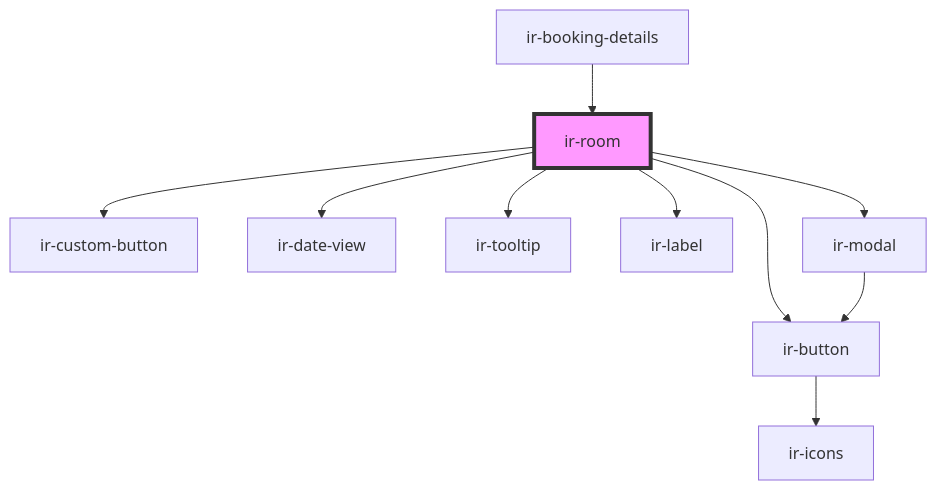
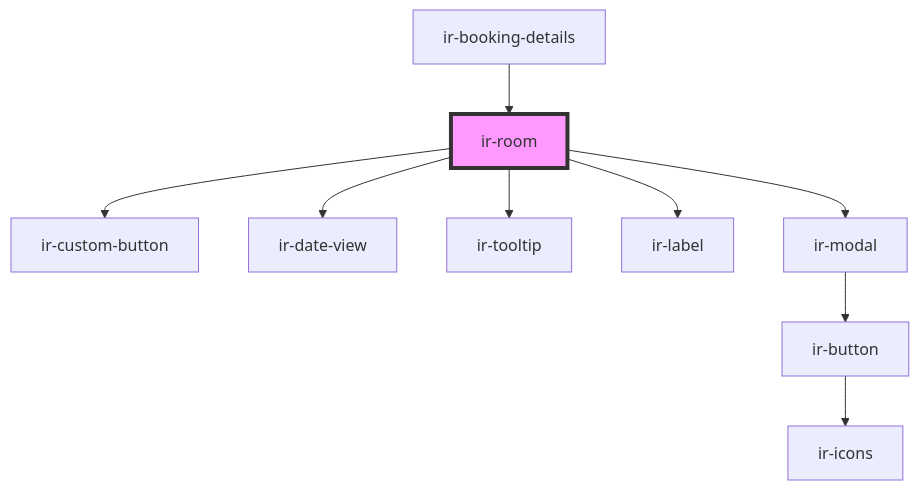
Before and after one commit to David1Chowaifaty/modified-ir-webcmp: the diagram in src/components/ir-booking-details/ir-room/readme.md, drawn with Mermaid. The commit also changed other lines of this file and 77 other files, not shown here.

````diff
--- a/src/components/ir-booking-details/ir-room/readme.md
+++ b/src/components/ir-booking-details/ir-room/readme.md
@@ -62,13 +61,12 @@
 ```mermaid
 graph TD;
   ir-room --> ir-custom-button
   ir-room --> ir-date-view
   ir-room --> ir-tooltip
-  ir-room --> ir-button
   ir-room --> ir-label
   ir-room --> ir-modal
+  ir-modal --> ir-button
   ir-button --> ir-icons
-  ir-modal --> ir-button
   ir-booking-details --> ir-room
   style ir-room fill:#f9f,stroke:#333,stroke-width:4px
 ```
````
